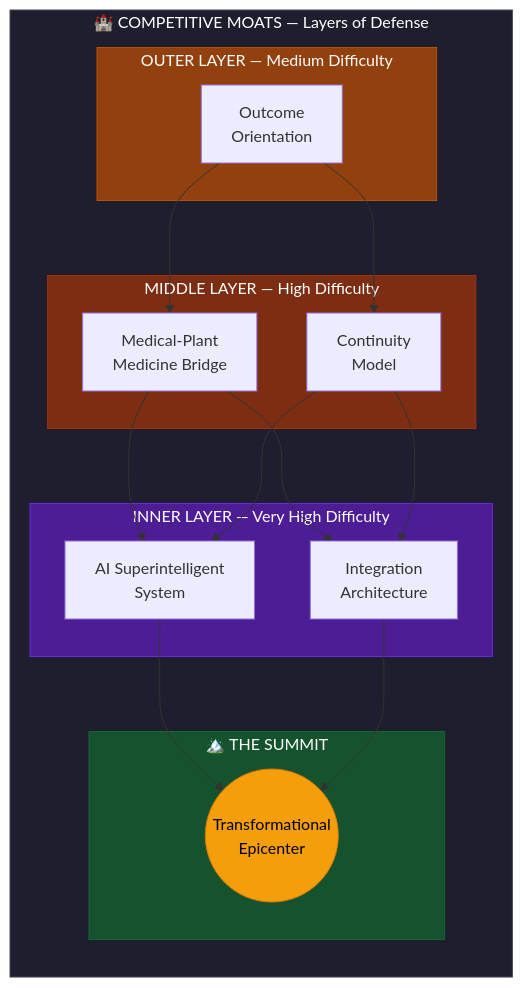
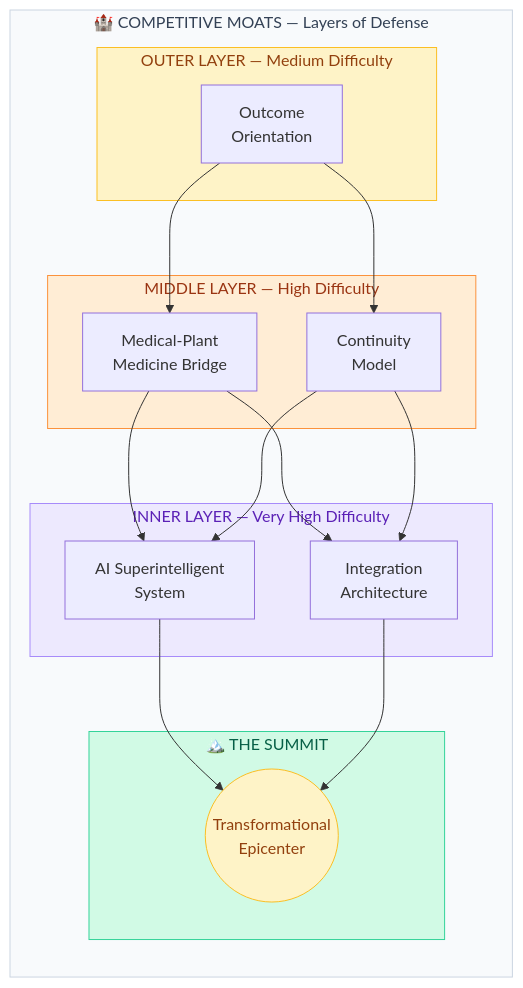
Before and after one commit to Light-Brands/epic-center: diagram 12 of 13 in docs/MARKET_RESEARCH.md, drawn with Mermaid. The commit also changed other lines of this file, not shown here.

First line of the commit message:
docs: Update mermaid diagram colors to softer palette

````diff
--- a/docs/MARKET_RESEARCH.md
+++ b/docs/MARKET_RESEARCH.md
@@ -689,35 +689,35 @@
 ```mermaid
 flowchart TB
     subgraph MOATS["🏰 COMPETITIVE MOATS — Layers of Defense"]
         direction TB
 
         subgraph L1["OUTER LAYER — Medium Difficulty"]
             M5[Outcome<br/>Orientation]
         end
 
         subgraph L2["MIDDLE LAYER — High Difficulty"]
             M4[Medical-Plant<br/>Medicine Bridge]
             M2[Continuity<br/>Model]
         end
 
         subgraph L3["INNER LAYER — Very High Difficulty"]
             M3[AI Superintelligent<br/>System]
             M1[Integration<br/>Architecture]
         end
 
         subgraph CORE["🏔️ THE SUMMIT"]
             TE((Transformational<br/>Epicenter))
         end
     end
 
     M5 --> M4 & M2
     M4 & M2 --> M3 & M1
     M3 & M1 --> TE
 
-    style MOATS fill:#1e1e2e,stroke:#45475a,color:#fff
-    style L1 fill:#92400e,stroke:#b45309,color:#fff
-    style L2 fill:#7c2d12,stroke:#9a3412,color:#fff
-    style L3 fill:#4c1d95,stroke:#6d28d9,color:#fff
-    style CORE fill:#14532d,stroke:#166534,color:#fff
-    style TE fill:#f59e0b,stroke:#d97706,color:#000
+    style MOATS fill:#f8fafc,stroke:#cbd5e1,color:#334155
+    style L1 fill:#fef3c7,stroke:#fbbf24,color:#92400e
+    style L2 fill:#ffedd5,stroke:#fb923c,color:#9a3412
+    style L3 fill:#ede9fe,stroke:#a78bfa,color:#5b21b6
+    style CORE fill:#d1fae5,stroke:#34d399,color:#065f46
+    style TE fill:#fef3c7,stroke:#fbbf24,color:#92400e
 ```
````
